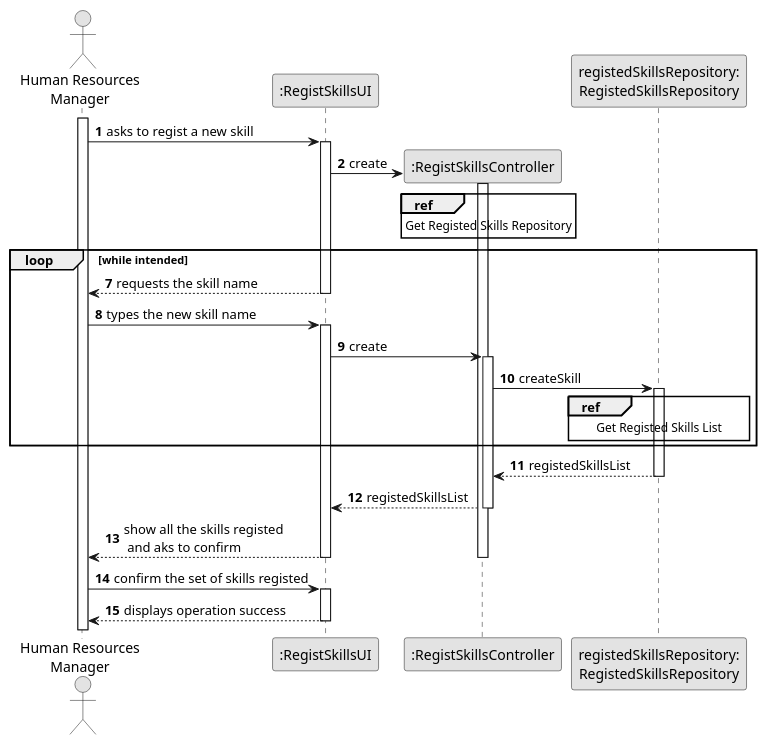
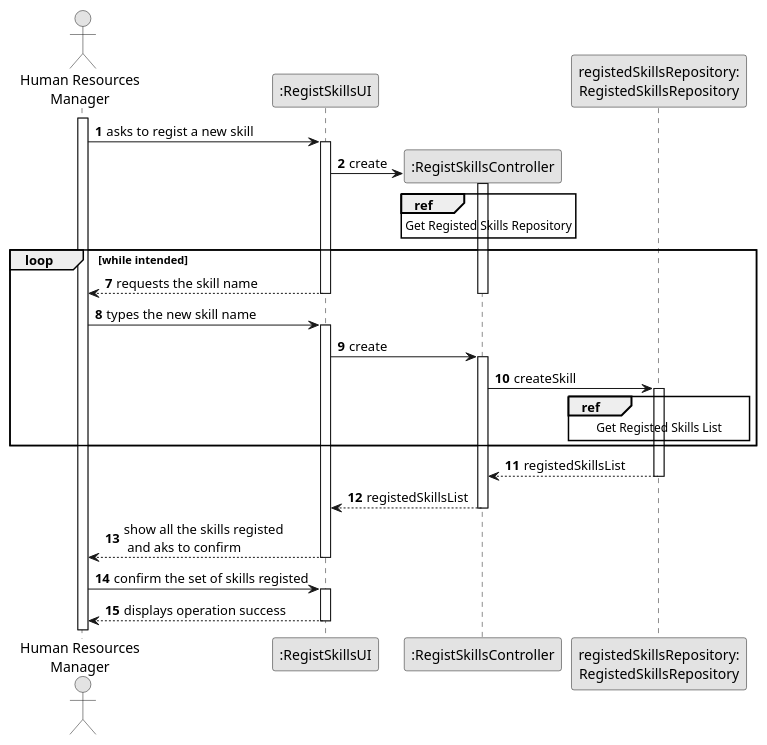
Before and after one commit to 1231360-ISEP/lei-24-s2-1db-g021: the diagram in docs/sprint2/us001/03.design/puml/us001-sequence-diagram-split.puml, drawn with PlantUML. The commit also changed 3 other files, not shown here.

Commit message:
Update US01 - Sequence Diagrams Split and SVG. Update Use Case Diagram.

```diff
--- a/docs/sprint2/us001/03.design/puml/us001-sequence-diagram-split.puml
+++ b/docs/sprint2/us001/03.design/puml/us001-sequence-diagram-split.puml
@@ -1,66 +1,68 @@
 @startuml
 skinparam monochrome true
 skinparam packageStyle rectangle
 skinparam shadowing false
 
 actor "Human Resources\nManager" as HRM
 participant ":RegistSkillsUI" as UI
 participant ":RegistSkillsController" as CTRL
 participant "registedSkillsRepository:\nRegistedSkillsRepository" as RegistedSkillsRepository
 
 autonumber 1
 
 activate HRM
 
     HRM -> UI : asks to regist a new skill
 activate UI
 
     UI -> CTRL** : create
 
 activate CTRL
 
 ref over CTRL
     Get Registed Skills Repository
 end ref
 
 deactivate CTRL
 
 loop while intended
 
     autonumber 7
         UI --> HRM : requests the skill name
+    deactivate CTRL
     deactivate UI
+
 
     HRM -> UI : types the new skill name
     activate UI
         UI -> CTRL: create
     activate CTRL
 
         CTRL -> RegistedSkillsRepository : createSkill
     activate RegistedSkillsRepository
 
     ref over RegistedSkillsRepository
         Get Registed Skills List
     end ref
 
 end
 
 RegistedSkillsRepository --> CTRL : registedSkillsList
 deactivate RegistedSkillsRepository
 
 CTRL --> UI : registedSkillsList
 deactivate CTRL
 
 UI --> HRM : show all the skills registed\n and aks to confirm
 
 deactivate CTRL
 deactivate UI
 
 HRM -> UI : confirm the set of skills registed
 activate UI
 
 UI --> HRM : displays operation success
 deactivate UI
 
 
 @enduml
```
